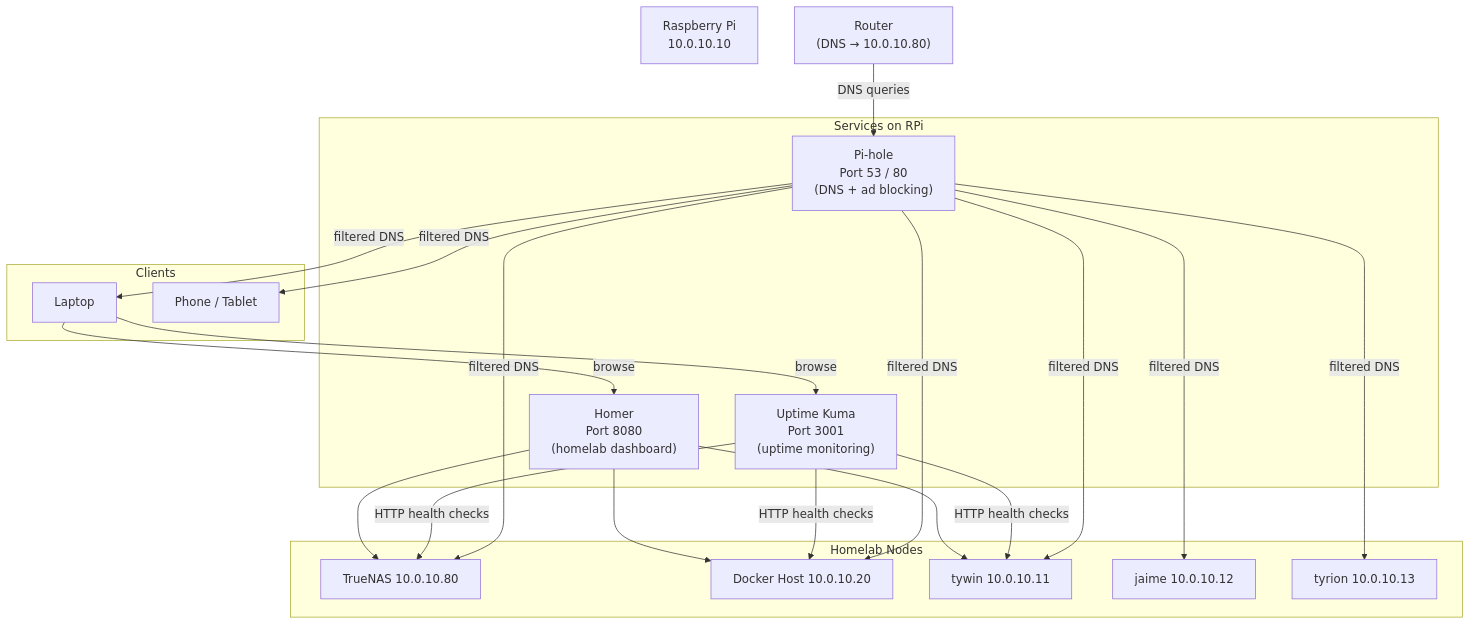
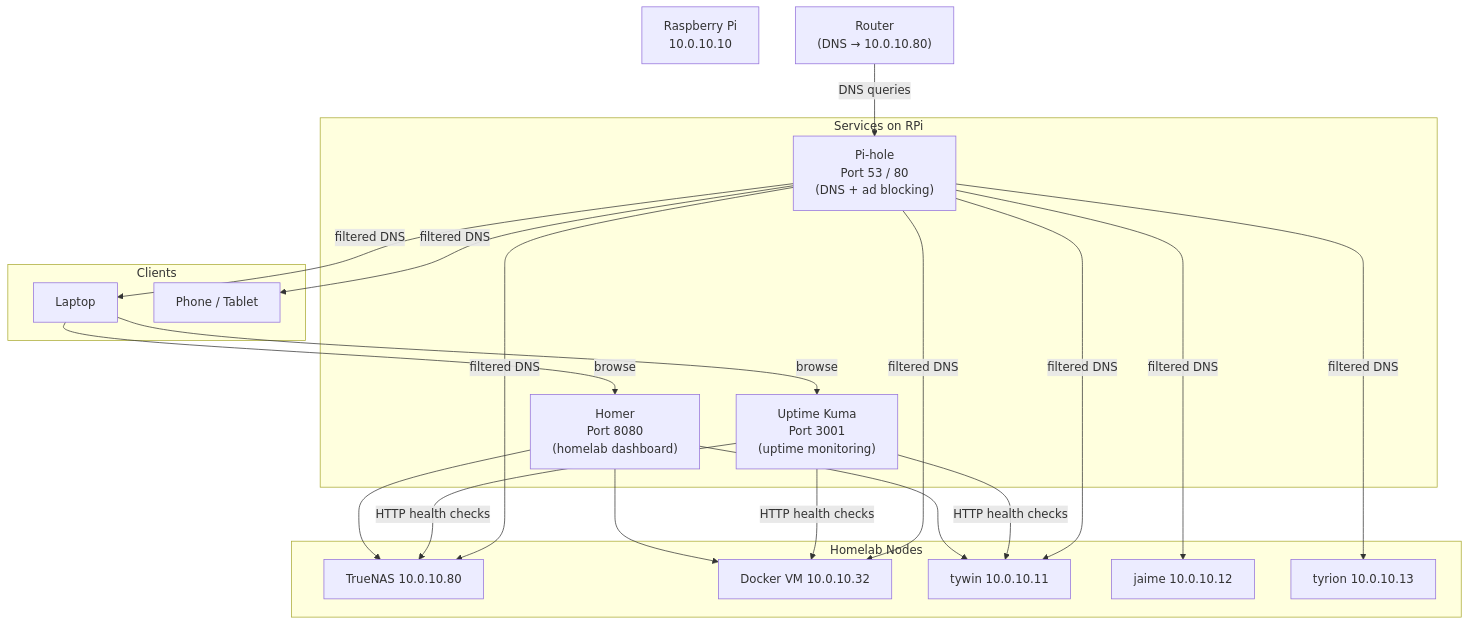
The diagram in raspberry-pi/docs/02_services.md (Kagiso-me/homelab-infrastructure), drawn with Mermaid before and after one commit. The commit also changed other lines of this file and 45 other files, not shown here.

First line of the commit message:
Add ADR-005 for self-hosted GitHub Actions runners and create roadmap HTML

````diff
--- a/raspberry-pi/docs/02_services.md
+++ b/raspberry-pi/docs/02_services.md
@@ -23,35 +23,35 @@
 ```mermaid
 graph TD
     RPi["Raspberry Pi\n10.0.10.10"]
 
     subgraph services ["Services on RPi"]
         Pihole["Pi-hole\nPort 53 / 80\n(DNS + ad blocking)"]
         Kuma["Uptime Kuma\nPort 3001\n(uptime monitoring)"]
         Homer["Homer\nPort 8080\n(homelab dashboard)"]
     end
 
     subgraph homelab ["Homelab Nodes"]
         TrueNAS["TrueNAS 10.0.10.80"]
-        Docker["Docker Host 10.0.10.20"]
+        Docker["Docker VM 10.0.10.32"]
         tywin["tywin 10.0.10.11"]
         jaime["jaime 10.0.10.12"]
         tyrion["tyrion 10.0.10.13"]
     end
 
     subgraph clients ["Clients"]
         Laptop["Laptop"]
         Phone["Phone / Tablet"]
     end
 
     Router["Router\n(DNS → 10.0.10.80)"]
 
     Router -->|"DNS queries"| Pihole
     Pihole -->|"filtered DNS"| TrueNAS & Docker & tywin & jaime & tyrion & Laptop & Phone
 
     Kuma -->|"HTTP health checks"| TrueNAS & Docker & tywin
 
     Homer --> TrueNAS & Docker & tywin
 
     Laptop -->|"browse"| Homer
     Laptop -->|"browse"| Kuma
 ```
````
